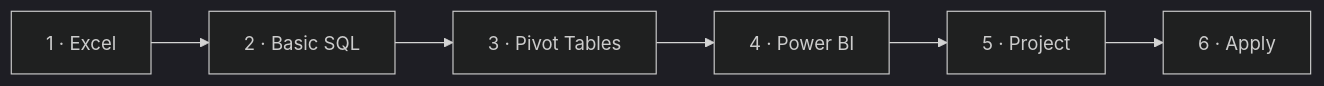
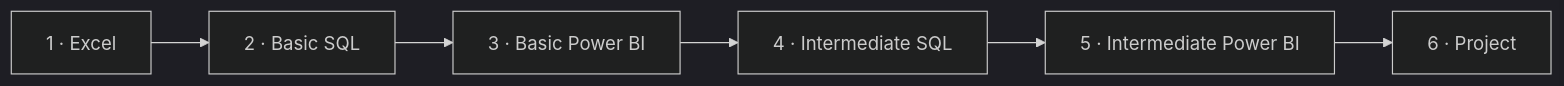
One commit to Stan-Wangg/data-analyst-roadmap changed the diagram in README.md. Above: the diagram before and after it, drawn with Mermaid (dark theme). The commit also changed other lines of this file and 11 other files, not shown here.

First line of the commit message:
v1.2: align stages with the stanleywangg.com roadmap

````diff
--- a/README.md
+++ b/README.md
@@ -39,5 +39,5 @@
 ```mermaid
 flowchart LR
-    S1["1 · Excel"] --> S2["2 · Basic SQL"] --> S3["3 · Pivot Tables"]
-    S3 --> S4["4 · Power BI"] --> S5["5 · Project"] --> S6["6 · Apply"]
+    S1["1 · Excel"] --> S2["2 · Basic SQL"] --> S3["3 · Basic Power BI"]
+    S3 --> S4["4 · Intermediate SQL"] --> S5["5 · Intermediate Power BI"] --> S6["6 · Project"]
 ```
````
